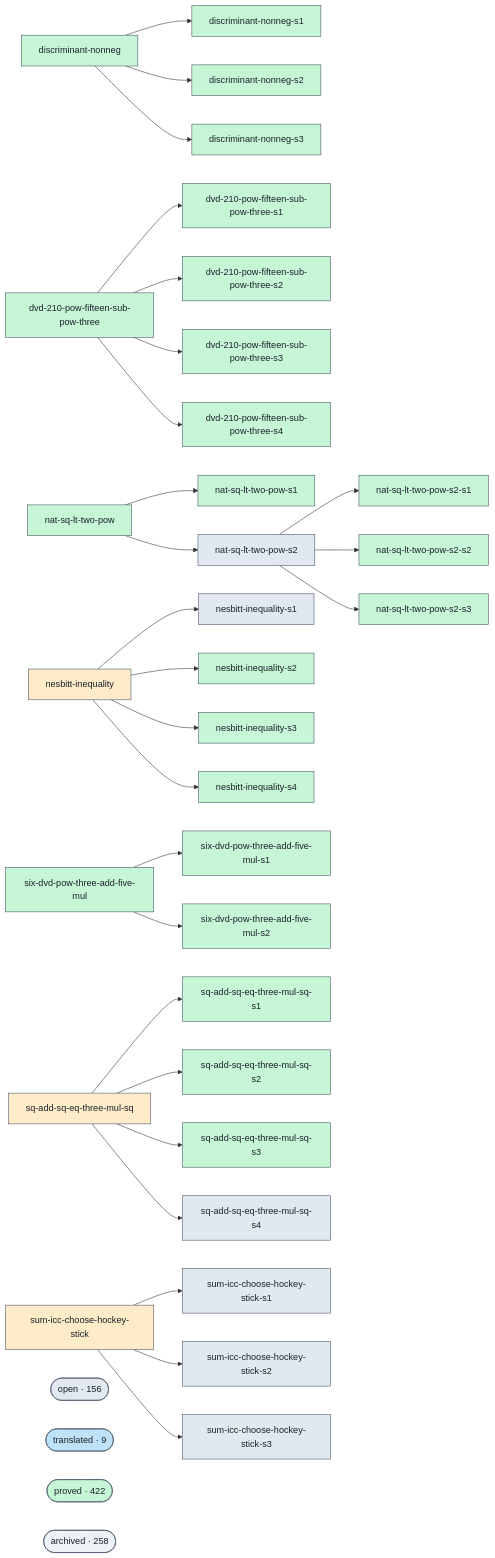
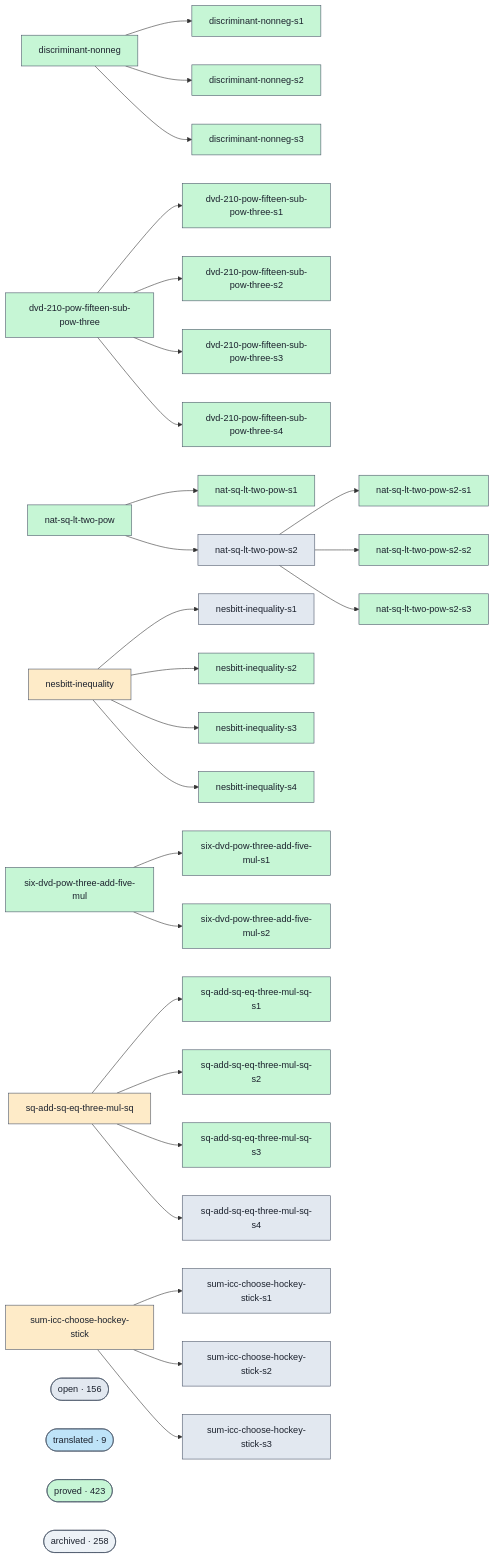
Before and after one commit to ohdearquant/unsorry: the diagram in docs/proofs-contributors-visualisation.md, drawn with Mermaid. The commit also changed other lines of this file and 2 other files, not shown here.

```diff
--- a/docs/proofs-contributors-visualisation.md
+++ b/docs/proofs-contributors-visualisation.md
@@ -147,7 +147,7 @@
   class cluster_open open;
   cluster_translated(["translated · 9"])
   class cluster_translated translated;
-  cluster_proved(["proved · 422"])
+  cluster_proved(["proved · 423"])
   class cluster_proved proved;
   cluster_archived(["archived · 258"])
   class cluster_archived unknown;
```
